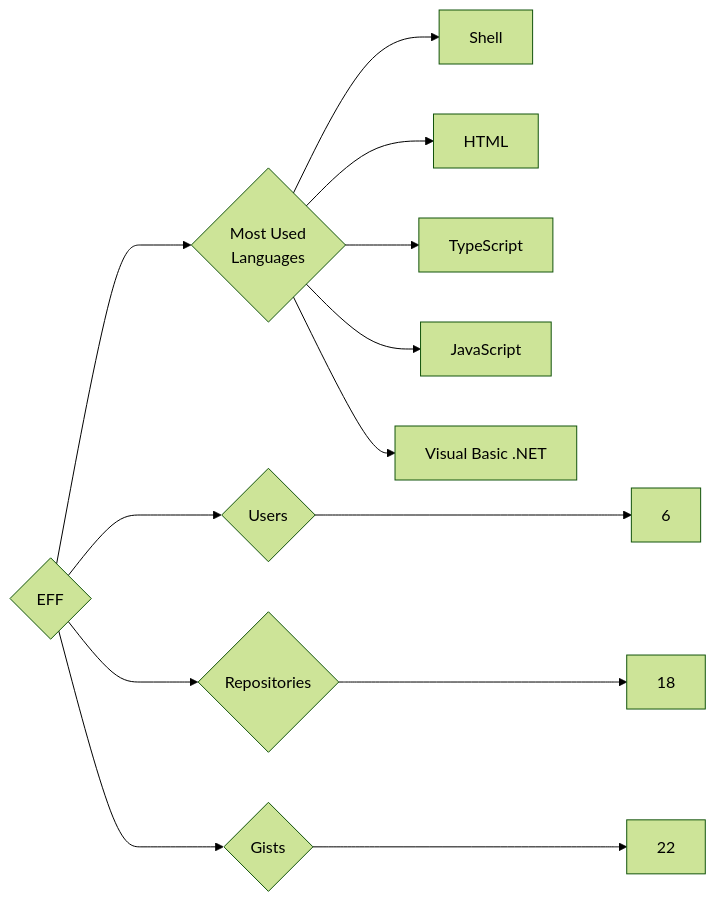
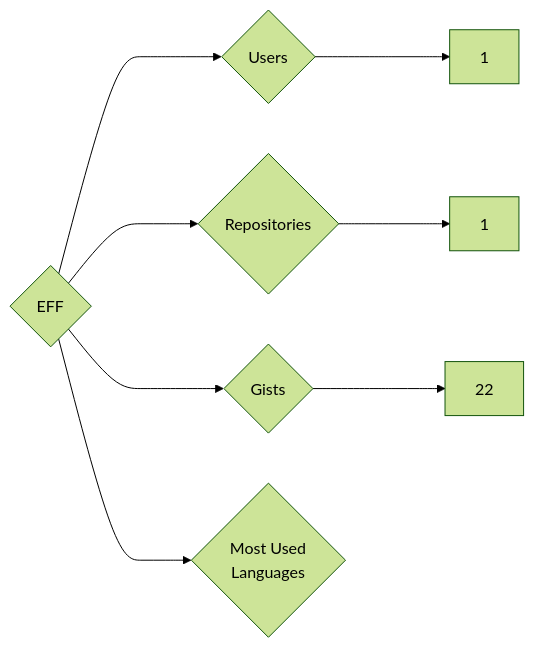
The diagram in targets/EFF/README.md (trickest/insiders), drawn with Mermaid (forest theme) before and after one commit. The commit also changed 838 other files, not shown here.

````diff
--- a/targets/EFF/README.md
+++ b/targets/EFF/README.md
@@ -3,13 +3,8 @@
 ```mermaid
 graph LR
 COMPANY_NAME{EFF}
-COMPANY_NAME ---> U{Users} ---> UN[6]
-COMPANY_NAME ---> R{Repositories} ---> RN[18]
+COMPANY_NAME ---> U{Users} ---> UN[1]
+COMPANY_NAME ---> R{Repositories} ---> RN[1]
 COMPANY_NAME ---> G{Gists} ---> GN[22]
 COMPANY_NAME ---> ML{Most Used<br>Languages}
-ML --> Shell[Shell]
-ML --> HTML[HTML]
-ML --> TypeScript[TypeScript]
-ML --> JavaScript[JavaScript]
-ML --> Visual_Basic_.NET[Visual Basic .NET]
 ```
````
